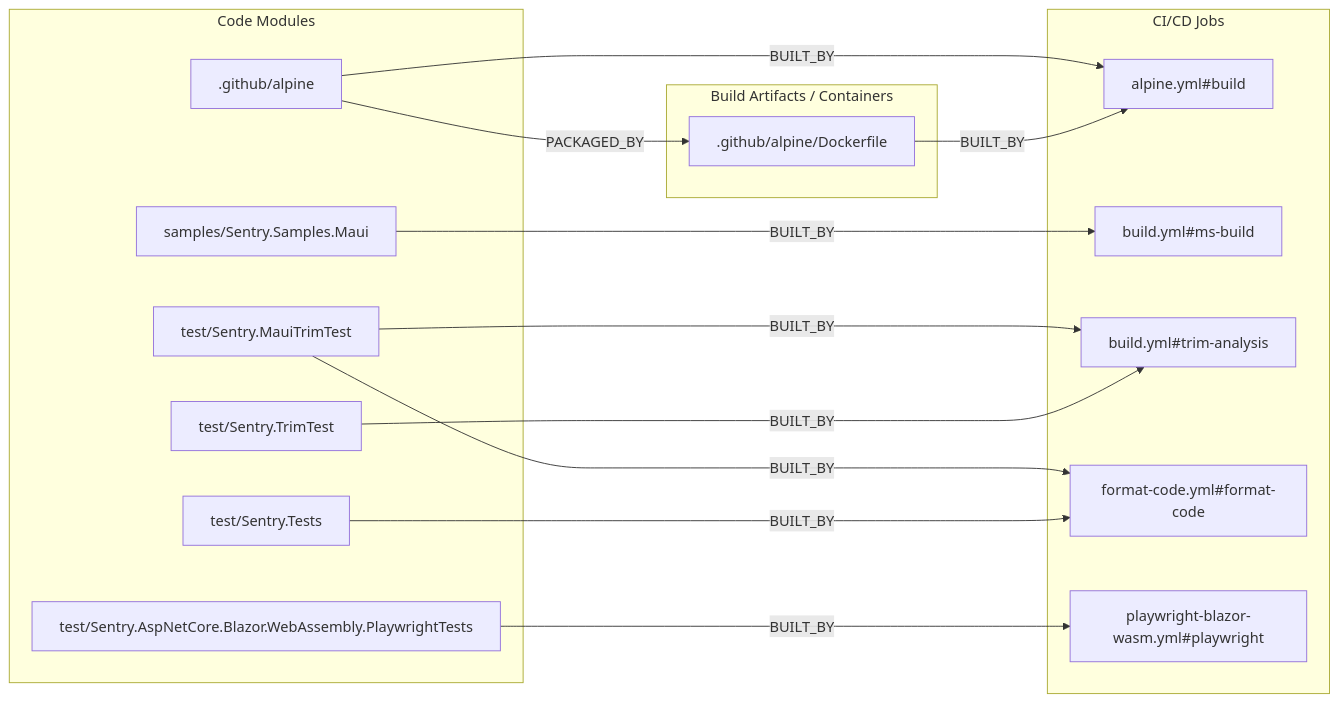
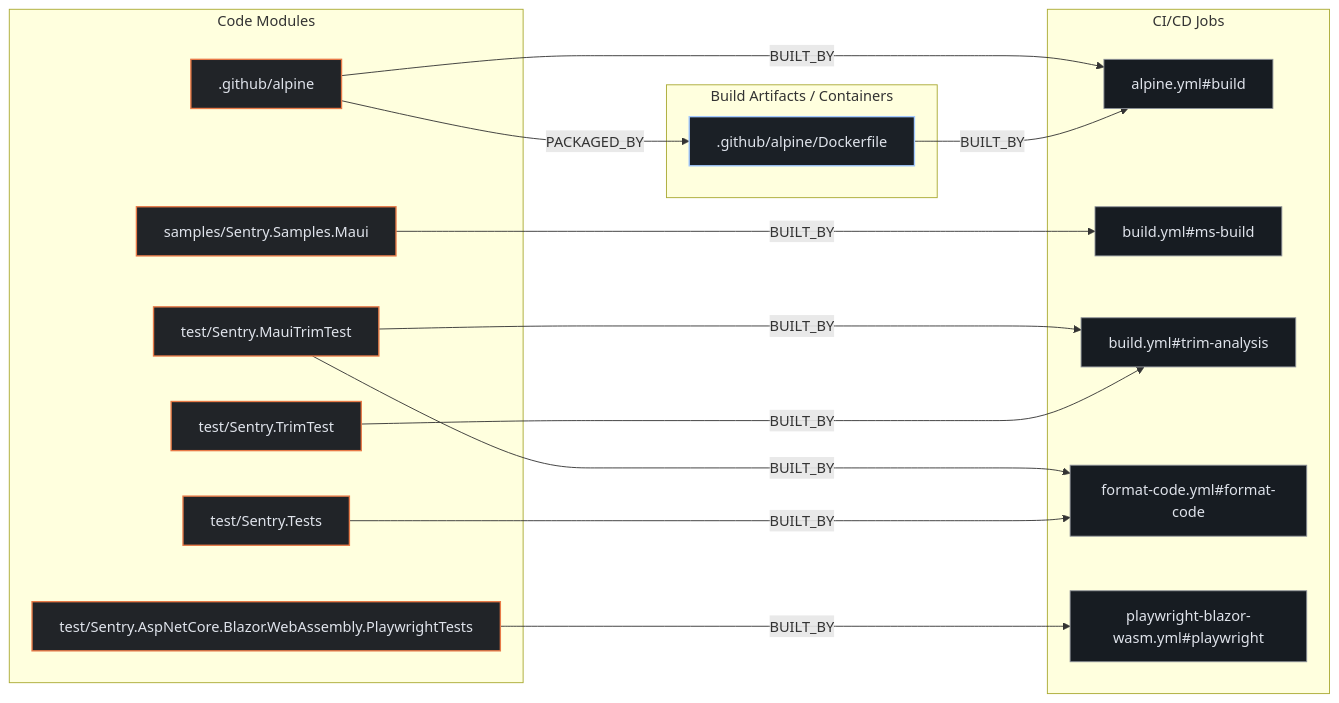
The second of 3 diagrams in exports/latest/reports/getsentry-sentry-dotnet-report.md (kumarshaz/atruss-code-atlas), drawn with Mermaid before and after one commit. The commit also changed other lines of this file and 331 other files, not shown here.

Commit message:
docs,ui,fix: update SDLC docs, reorder CI/CD DAG first, stylize Mermaid, and fix Arc42 pipeline topology

````diff
--- a/exports/latest/reports/getsentry-sentry-dotnet-report.md
+++ b/exports/latest/reports/getsentry-sentry-dotnet-report.md
@@ -234,30 +241,34 @@
 ```mermaid
 flowchart LR
+    classDef atlasCategory fill:#212428,stroke:#E87A48,stroke-width:1.5px,color:#dfe3eb
+    classDef atlasWorkflow fill:#1b2026,stroke:#a3c9ff,stroke-width:1.5px,color:#dfe3eb
+    classDef atlasJob fill:#171c22,stroke:#8d9199,stroke-width:1px,color:#dfe3eb
+    classDef atlasTarget fill:#005227,stroke:#8bd99b,stroke-width:1.5px,color:#a7f6b6
     subgraph code_modules["Code Modules"]
-        mod__github_alpine[".github/alpine"]
-        mod_samples_Sentry_Samples_Maui["samples/Sentry.Samples.Maui"]
-        mod_test_Sentry_AspNetCore_Blazor_WebAssembly_PlaywrightTests["test/Sentry.AspNetCore.Blazor.WebAssembly.PlaywrightTests"]
-        mod_test_Sentry_MauiTrimTest["test/Sentry.MauiTrimTest"]
-        mod_test_Sentry_Tests["test/Sentry.Tests"]
-        mod_test_Sentry_TrimTest["test/Sentry.TrimTest"]
+        mod__github_alpine[".github/alpine"]:::atlasCategory
+        mod_samples_Sentry_Samples_Maui["samples/Sentry.Samples.Maui"]:::atlasCategory
+        mod_test_Sentry_AspNetCore_Blazor_WebAssembly_PlaywrightTests["test/Sentry.AspNetCore.Blazor.WebAssembly.PlaywrightTests"]:::atlasCategory
+        mod_test_Sentry_MauiTrimTest["test/Sentry.MauiTrimTest"]:::atlasCategory
+        mod_test_Sentry_Tests["test/Sentry.Tests"]:::atlasCategory
+        mod_test_Sentry_TrimTest["test/Sentry.TrimTest"]:::atlasCategory
     end
     subgraph build_artifacts["Build Artifacts / Containers"]
-        art__github_alpine_Dockerfile[".github/alpine/Dockerfile"]
+        art__github_alpine_Dockerfile[".github/alpine/Dockerfile"]:::atlasWorkflow
     end
     subgraph ci_jobs["CI/CD Jobs"]
-        job_alpine_yml_build["alpine.yml#build"]
-        job_build_yml_ms_build["build.yml#ms-build"]
-        job_build_yml_trim_analysis["build.yml#trim-analysis"]
-        job_format_code_yml_format_code["format-code.yml#format-code"]
-        job_playwright_blazor_wasm_yml_playwright["playwright-blazor-wasm.yml#playwright"]
+        job_alpine_yml_build["alpine.yml#build"]:::atlasJob
+        job_build_yml_ms_build["build.yml#ms-build"]:::atlasJob
+        job_build_yml_trim_analysis["build.yml#trim-analysis"]:::atlasJob
+        job_format_code_yml_format_code["format-code.yml#format-code"]:::atlasJob
+        job_playwright_blazor_wasm_yml_playwright["playwright-blazor-wasm.yml#playwright"]:::atlasJob
     end
     mod__github_alpine -->|BUILT_BY| job_alpine_yml_build
     mod__github_alpine -->|PACKAGED_BY| art__github_alpine_Dockerfile
     mod_samples_Sentry_Samples_Maui -->|BUILT_BY| job_build_yml_ms_build
     mod_test_Sentry_AspNetCore_Blazor_WebAssembly_PlaywrightTests -->|BUILT_BY| job_playwright_blazor_wasm_yml_playwright
     mod_test_Sentry_MauiTrimTest -->|BUILT_BY| job_build_yml_trim_analysis
     mod_test_Sentry_MauiTrimTest -->|BUILT_BY| job_format_code_yml_format_code
     mod_test_Sentry_Tests -->|BUILT_BY| job_format_code_yml_format_code
     mod_test_Sentry_TrimTest -->|BUILT_BY| job_build_yml_trim_analysis
     art__github_alpine_Dockerfile -->|BUILT_BY| job_alpine_yml_build
 ```
````
